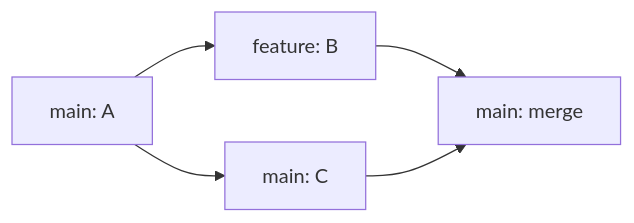
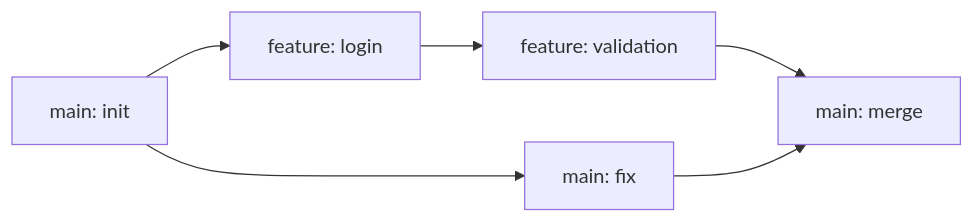
Before and after one commit to TeeBeeCoder/drupal-bootcamp: the seventh of 14 diagrams in src/content/docs/ressources/git/index.mdx, drawn with Mermaid. The commit also changed other lines of this file, not shown here.

````diff
--- a/src/content/docs/ressources/git/index.mdx
+++ b/src/content/docs/ressources/git/index.mdx
@@ -645,7 +632,8 @@
 ```mermaid
 flowchart LR
-    A[main: A] --> C[main: C]
-    A --> F[feature: B]
-    F --> M[main: merge]
-    C --> M
+    M1[main: init] --> M2[main: fix]
+    M1 --> F1[feature: login]
+    F1 --> F2[feature: validation]
+    F2 --> M3[main: merge]
+    M2 --> M3
 ```
````
